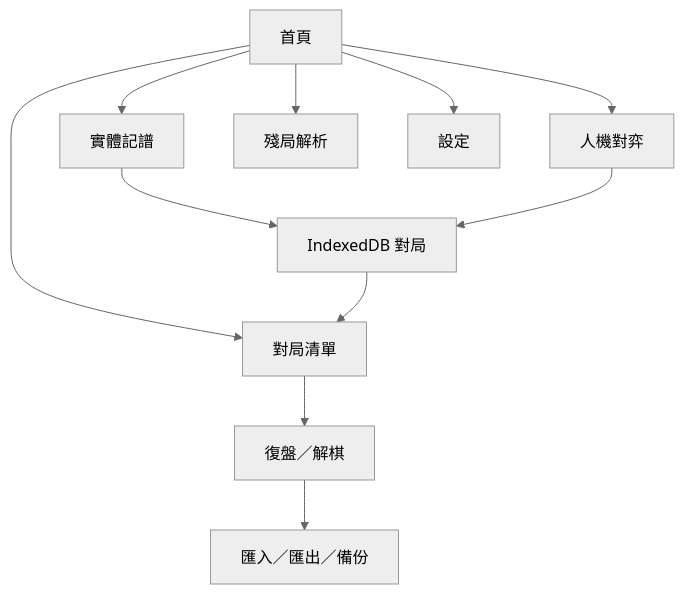
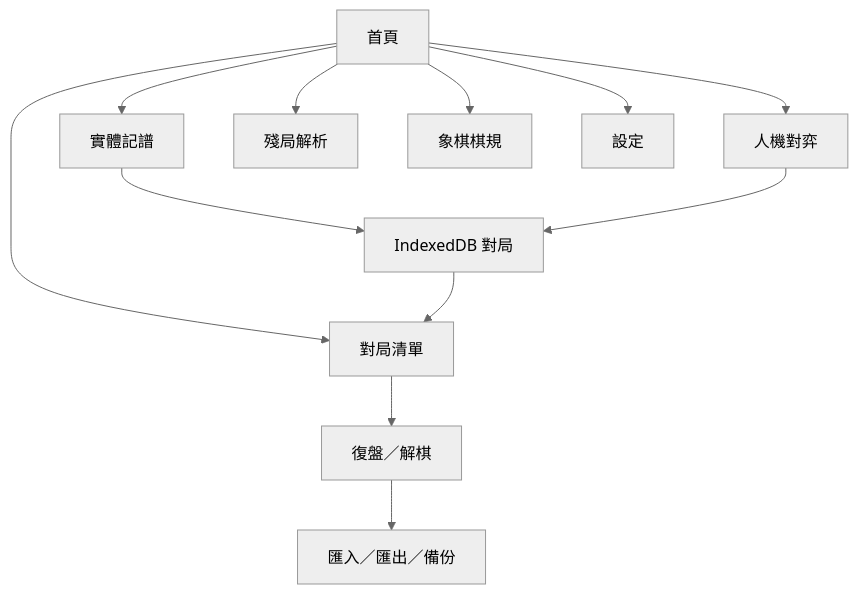
One commit to wcoatp/xiangqi-recorder changed the first of 2 diagrams in docs/SDD.md. Above: the diagram before and after it, drawn with Mermaid (neutral theme). The commit also changed other lines of this file and 11 other files, not shown here.

````diff
--- a/docs/SDD.md
+++ b/docs/SDD.md
@@ -97,13 +100,14 @@
 ```mermaid
 flowchart TD
   H["首頁"] --> R["實體記譜"]
   H --> P["人機對弈"]
   H --> G["對局清單"]
   H --> E["殘局解析"]
+  H --> Q["象棋棋規"]
   H --> S["設定"]
   R --> DB["IndexedDB 對局"]
   P --> DB
   G --> V["復盤／解棋"]
   DB --> G
   V --> X["匯入／匯出／備份"]
 ```
````
